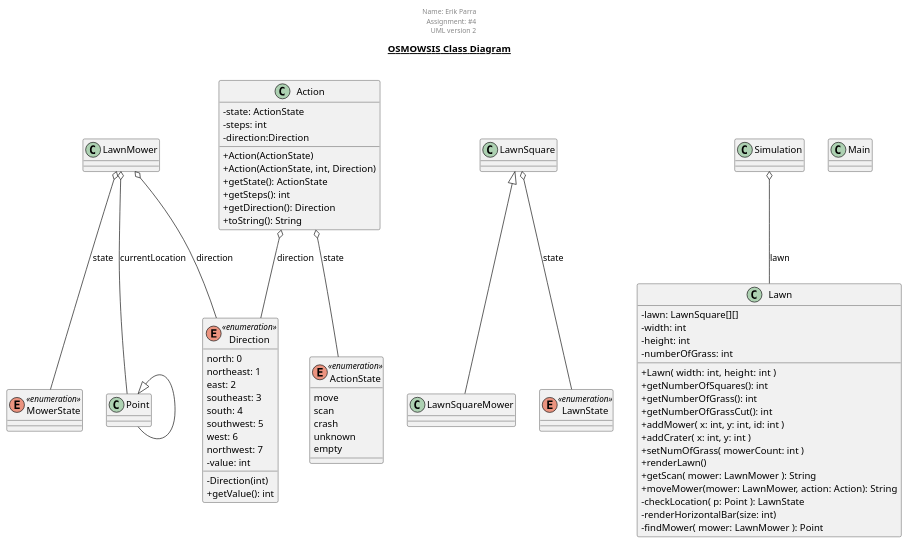
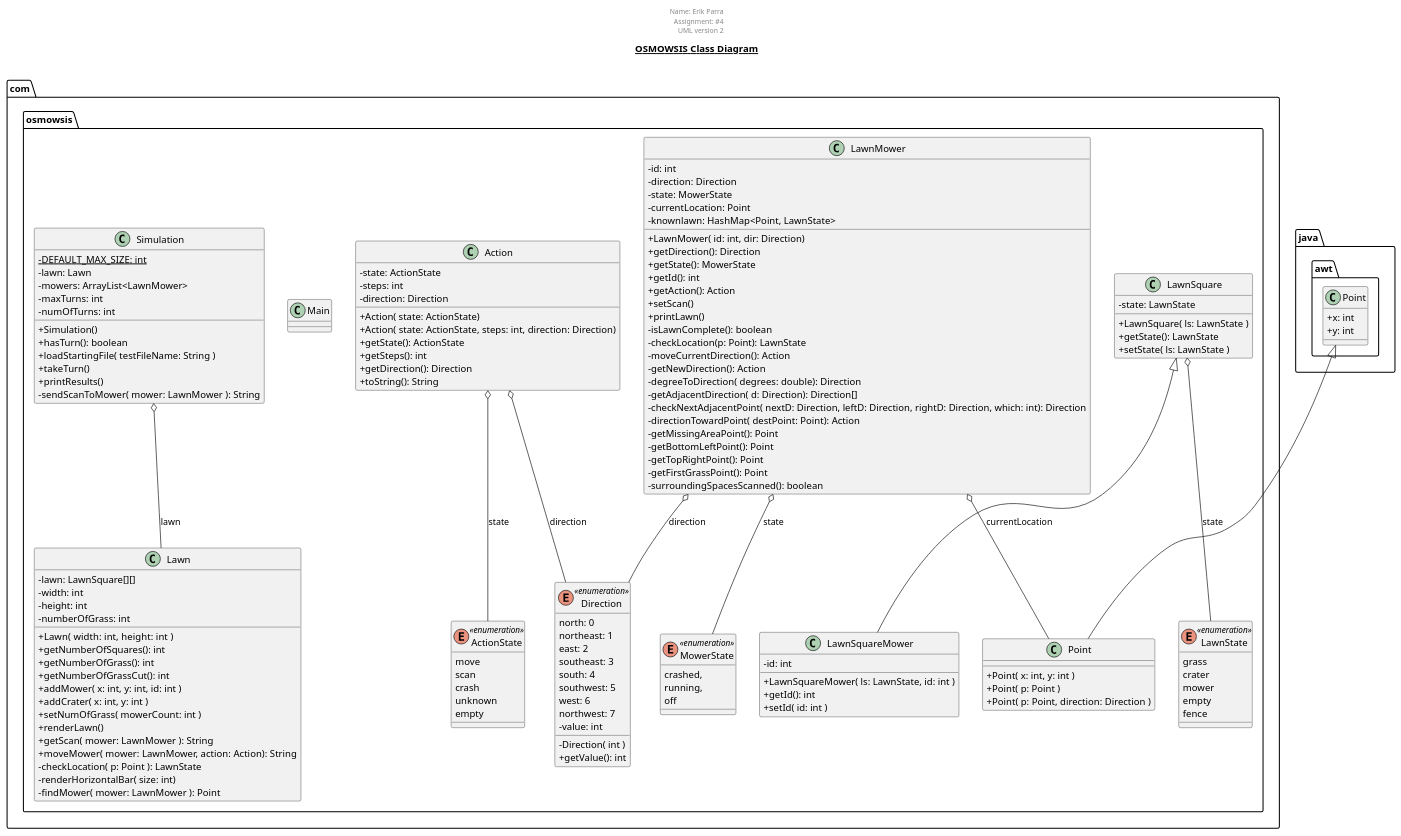
The diagram in osmowsis.plantuml (erikparra/osmowsis), drawn with PlantUML before and after one commit.

Commit message:
updated plantuml diagram

```diff
--- a/osmowsis.plantuml
+++ b/osmowsis.plantuml
@@ -1,114 +1,175 @@
 @startuml
 
 skinparam classAttributeIconSize 0
 'hide circle
 
 title __OSMOWSIS Class Diagram__\n
 
 center header
 Name: Erik Parra
 Assignment: #4
 UML version 2
 end header
 
-class Action {
+class com.osmowsis.Action {
     - state: ActionState
     - steps: int
-    - direction:Direction
+    - direction: Direction
 
-    + Action(ActionState)
-    + Action(ActionState, int, Direction)
+    + Action( state: ActionState)
+    + Action( state: ActionState, steps: int, direction: Direction)
     + getState(): ActionState
     + getSteps(): int
     + getDirection(): Direction
     + toString(): String
 }
 
-enum ActionState <<enumeration>> {
+enum com.osmowsis.ActionState <<enumeration>> {
     move
     scan
     crash
     unknown
     empty
 }
 
-enum Direction <<enumeration>> {
+enum com.osmowsis.Direction <<enumeration>> {
     north: 0
     northeast: 1
     east: 2
     southeast: 3
     south: 4
     southwest: 5
     west: 6
     northwest: 7
     - value: int
 
-    - Direction(int)
+    - Direction( int )
     + getValue(): int
 }
 
-class Lawn {
+class com.osmowsis.Lawn {
     - lawn: LawnSquare[][]
     - width: int
     - height: int
     - numberOfGrass: int
     + Lawn( width: int, height: int  )
     + getNumberOfSquares(): int
     + getNumberOfGrass(): int
     + getNumberOfGrassCut(): int
     + addMower( x: int, y: int, id: int )
     + addCrater( x: int, y: int )
     + setNumOfGrass( mowerCount: int )
     + renderLawn()
     + getScan( mower: LawnMower ): String
-    +  moveMower(mower: LawnMower, action: Action): String
+    +  moveMower( mower: LawnMower, action: Action): String
     - checkLocation( p: Point ): LawnState
-    - renderHorizontalBar(size: int)
+    - renderHorizontalBar( size: int)
     - findMower( mower: LawnMower ): Point
 }
 
 
-    class LawnMower {
-    }
+class com.osmowsis.LawnMower {
+
+    - id: int
+    - direction: Direction
+    - state: MowerState
+    - currentLocation: Point
+    - knownlawn: HashMap<Point, LawnState>
+
+    + LawnMower( id: int, dir: Direction)
+    + getDirection(): Direction
+    + getState(): MowerState
+    + getId(): int
+    + getAction(): Action
+    + setScan()
+    + printLawn()
+    - isLawnComplete(): boolean
+    - checkLocation(p: Point): LawnState
+    - moveCurrentDirection(): Action
+    - getNewDirection(): Action
+    - degreeToDirection( degrees: double): Direction
+    - getAdjacentDirection( d: Direction): Direction[]
+    - checkNextAdjacentPoint( nextD: Direction, leftD: Direction, rightD: Direction, which: int): Direction
+    - directionTowardPoint( destPoint: Point): Action
+    - getMissingAreaPoint(): Point
+    - getBottomLeftPoint(): Point
+    - getTopRightPoint(): Point
+    - getFirstGrassPoint(): Point
+    - surroundingSpacesScanned(): boolean
+}
 
 
-    class LawnSquare {
-    }
+class com.osmowsis.LawnSquare {
+    - state: LawnState
+    + LawnSquare( ls: LawnState )
+    + getState(): LawnState
+    + setState( ls: LawnState )
+}
 
 
-    class LawnSquareMower {
-    }
+class com.osmowsis.LawnSquareMower {
+    - id: int
+    + LawnSquareMower( ls: LawnState, id: int )
+    + getId(): int
+    + setId( id: int )
+}
+
+enum com.osmowsis.LawnState <<enumeration>> {
+    grass
+    crater
+    mower
+    empty
+    fence
+}
+
+class com.osmowsis.Main {
+}
+
+enum com.osmowsis.MowerState <<enumeration>> {
+    crashed,
+    running,
+    off
+}
+
+class java.awt.Point {
+    + x: int
+    + y: int
+}
 
 
-     enum LawnState <<enumeration>> {
-    }
+class com.osmowsis.Point {
+    + Point( x: int, y: int )
+    + Point( p: Point )
+    + Point( p: Point, direction: Direction )
+}
 
 
-    class Main {
-    }
+class com.osmowsis.Simulation {
+    - {static} DEFAULT_MAX_SIZE: int
+    - lawn: Lawn
+    - mowers: ArrayList<LawnMower>
+    - maxTurns: int
+    - numOfTurns: int
+
+    + Simulation()
+    + hasTurn(): boolean
+    + loadStartingFile( testFileName: String )
+    + takeTurn()
+    + printResults()
+    - sendScanToMower( mower: LawnMower ): String
+
+}
 
 
-    enum MowerState <<enumeration>> {
-    }
-
-
-    class Point {
-    }
-
-
-    class Simulation {
-    }
-
-
-  Action o-- ActionState : state
-  Action o-- Direction : direction
-  LawnMower o-- Direction : direction
-  LawnMower o-- MowerState : state
-  LawnMower o-- Point : currentLocation
-  LawnSquare o-- LawnState : state
-  LawnSquareMower -up-|> LawnSquare
-  Point -up-|> Point
-  Simulation o-- Lawn : lawn
+  com.osmowsis.Action o-- com.osmowsis.ActionState : state
+  com.osmowsis.Action o-- com.osmowsis.Direction : direction
+  com.osmowsis.LawnMower o-- com.osmowsis.Direction : direction
+  com.osmowsis.LawnMower o-- com.osmowsis.MowerState : state
+  com.osmowsis.LawnMower o-- com.osmowsis.Point : currentLocation
+  com.osmowsis.LawnSquare o-- com.osmowsis.LawnState : state
+  com.osmowsis.LawnSquareMower -up-|> com.osmowsis.LawnSquare
+  com.osmowsis.Point -up-|> java.awt.Point
+  com.osmowsis.Simulation o-- com.osmowsis.Lawn : lawn
 
 
 @enduml
```
